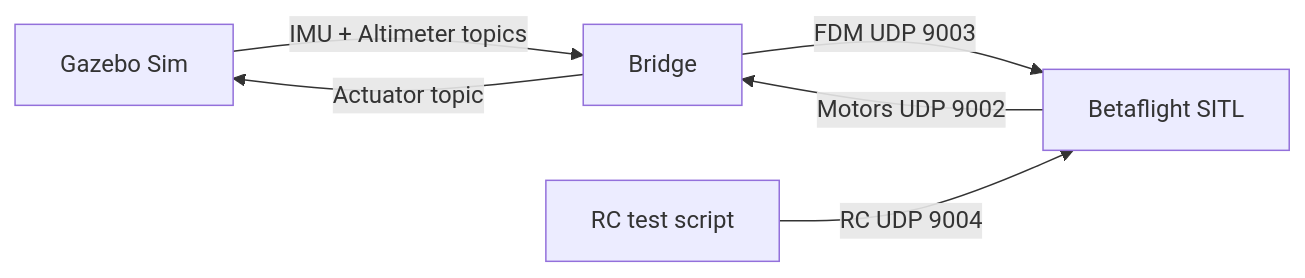
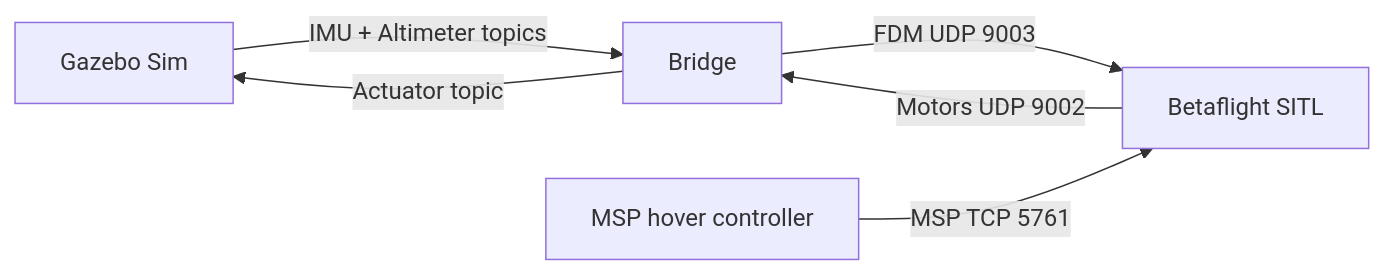
One commit to robobe/gz_betaflight_bridge changed the first of 3 diagrams in docs/project_summary_presentation.md. Above: the diagram before and after it, drawn with Mermaid. The commit also changed other lines of this file and 23 other files, not shown here.

````diff
--- a/docs/project_summary_presentation.md
+++ b/docs/project_summary_presentation.md
@@ -19,8 +19,8 @@
 ```mermaid
 flowchart LR
     GZ[Gazebo Sim] -->|IMU + Altimeter topics| BR[Bridge]
     BR -->|FDM UDP 9003| BF[Betaflight SITL]
     BF -->|Motors UDP 9002| BR
     BR -->|Actuator topic| GZ
-    RC[RC test script] -->|RC UDP 9004| BF
+    HOVER[MSP hover controller] -->|MSP TCP 5761| BF
 ```
````
